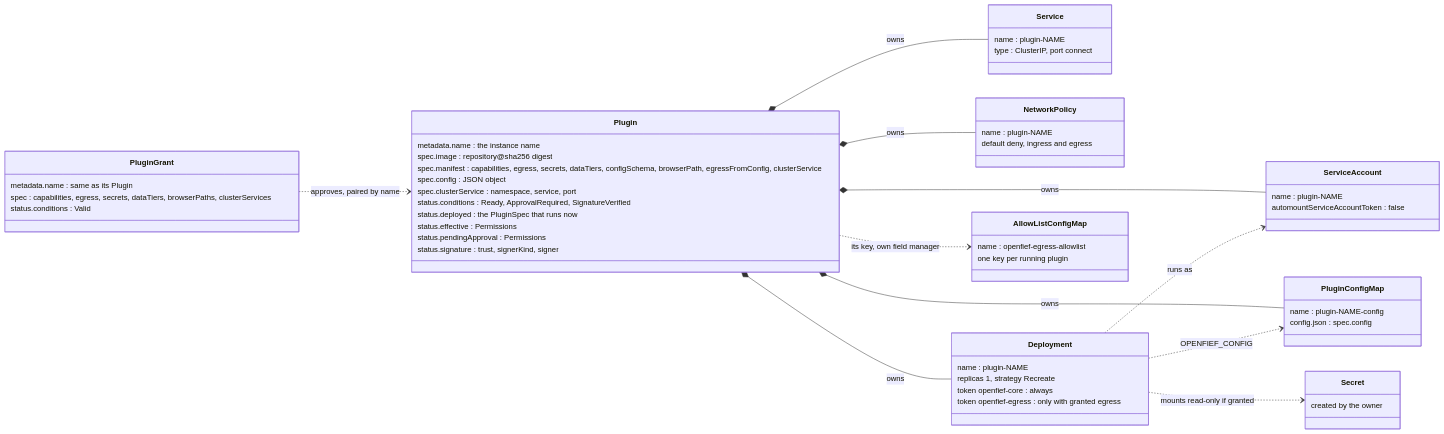
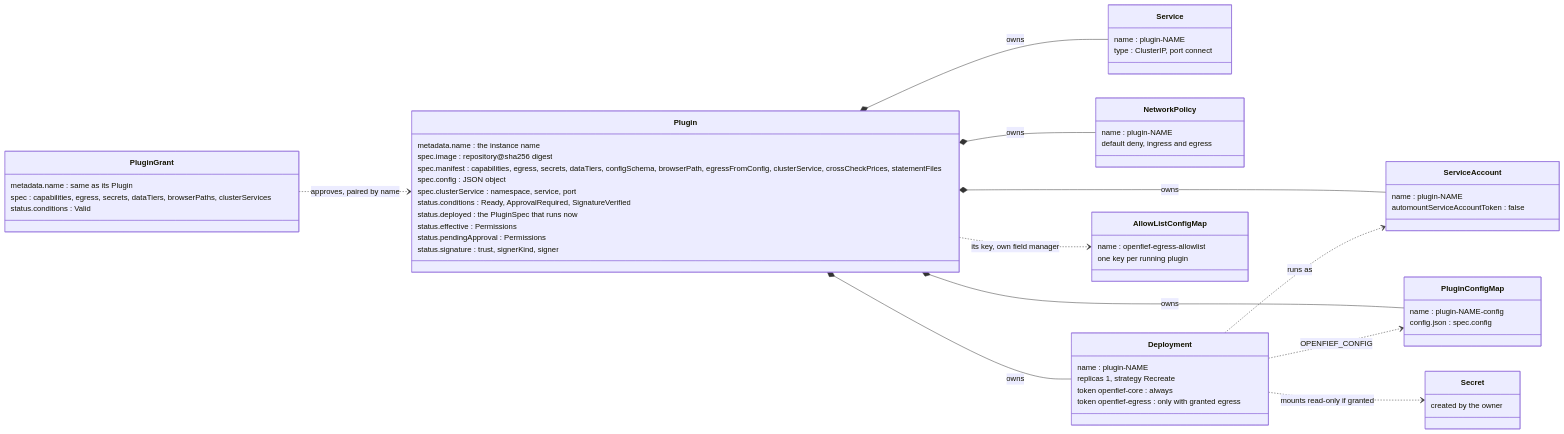
Before and after one commit to arkadiuss/openfief: the first of 4 diagrams in docs/concepts/operator.md, drawn with Mermaid. The commit also changed 134 other files, not shown here.

````diff
--- a/docs/concepts/operator.md
+++ b/docs/concepts/operator.md
@@ -53,60 +53,60 @@
 ```mermaid
 classDiagram
   direction LR
   class Plugin {
     metadata.name : the instance name
     spec.image : repository@sha256 digest
-    spec.manifest : capabilities, egress, secrets, dataTiers, configSchema, browserPath, egressFromConfig, clusterService
+    spec.manifest : capabilities, egress, secrets, dataTiers, configSchema, browserPath, egressFromConfig, clusterService, crossCheckPrices, statementFiles
     spec.config : JSON object
     spec.clusterService : namespace, service, port
     status.conditions : Ready, ApprovalRequired, SignatureVerified
     status.deployed : the PluginSpec that runs now
     status.effective : Permissions
     status.pendingApproval : Permissions
     status.signature : trust, signerKind, signer
   }
   class PluginGrant {
     metadata.name : same as its Plugin
     spec : capabilities, egress, secrets, dataTiers, browserPaths, clusterServices
     status.conditions : Valid
   }
   class ServiceAccount {
     name : plugin-NAME
     automountServiceAccountToken : false
   }
   class PluginConfigMap {
     name : plugin-NAME-config
     config.json : spec.config
   }
   class Service {
     name : plugin-NAME
     type : ClusterIP, port connect
   }
   class NetworkPolicy {
     name : plugin-NAME
     default deny, ingress and egress
   }
   class Deployment {
     name : plugin-NAME
     replicas 1, strategy Recreate
     token openfief-core : always
     token openfief-egress : only with granted egress
   }
   class AllowListConfigMap {
     name : openfief-egress-allowlist
     one key per running plugin
   }
   class Secret {
     created by the owner
   }
   PluginGrant ..> Plugin : approves, paired by name
   Plugin *-- ServiceAccount : owns
   Plugin *-- PluginConfigMap : owns
   Plugin *-- Service : owns
   Plugin *-- NetworkPolicy : owns
   Plugin *-- Deployment : owns
   Plugin ..> AllowListConfigMap : its key, own field manager
   Deployment ..> ServiceAccount : runs as
   Deployment ..> PluginConfigMap : OPENFIEF_CONFIG
   Deployment ..> Secret : mounts read-only if granted
 ```
````
